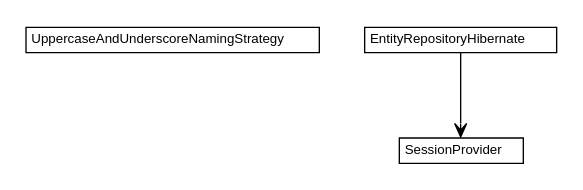
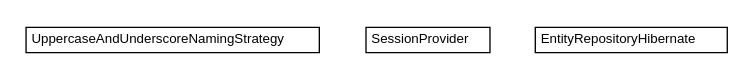
Before and after one commit to dayatang/dddlib: the diagram in dddlib-persistence/dddlib-persistence-hibernate/apidocs/org/dayatang/persistence/hibernate/org.dayatang.persistence.hibernate.dot, drawn with Graphviz. The commit also changed 114 other files, not shown here.

```diff
--- a/dddlib-persistence/dddlib-persistence-hibernate/apidocs/org/dayatang/persistence/hibernate/org.dayatang.persistence.hibernate.dot
+++ b/dddlib-persistence/dddlib-persistence-hibernate/apidocs/org/dayatang/persistence/hibernate/org.dayatang.persistence.hibernate.dot
@@ -1,32 +1,30 @@
 #!/usr/local/bin/dot
 #
 # Class diagram 
 # Generated by UMLGraph version R5_6_6-8-g8d7759 (http://www.umlgraph.org/)
 #
 
 digraph G {
 	edge [fontname="Helvetica",fontsize=10,labelfontname="Helvetica",labelfontsize=10];
 	node [fontname="Helvetica",fontsize=10,shape=plaintext];
 	nodesep=0.25;
 	ranksep=0.5;
 	// org.dayatang.persistence.hibernate.UppercaseAndUnderscoreNamingStrategy
 	c0 [label=<<table title="org.dayatang.persistence.hibernate.UppercaseAndUnderscoreNamingStrategy" border="0" cellborder="1" cellspacing="0" cellpadding="2" port="p" href="./UppercaseAndUnderscoreNamingStrategy.html">
 		<tr><td><table border="0" cellspacing="0" cellpadding="1">
 <tr><td align="center" balign="center"> UppercaseAndUnderscoreNamingStrategy </td></tr>
 		</table></td></tr>
 		</table>>, URL="./UppercaseAndUnderscoreNamingStrategy.html", fontname="Helvetica", fontcolor="black", fontsize=10.0];
 	// org.dayatang.persistence.hibernate.SessionProvider
 	c1 [label=<<table title="org.dayatang.persistence.hibernate.SessionProvider" border="0" cellborder="1" cellspacing="0" cellpadding="2" port="p" href="./SessionProvider.html">
 		<tr><td><table border="0" cellspacing="0" cellpadding="1">
 <tr><td align="center" balign="center"> SessionProvider </td></tr>
 		</table></td></tr>
 		</table>>, URL="./SessionProvider.html", fontname="Helvetica", fontcolor="black", fontsize=10.0];
 	// org.dayatang.persistence.hibernate.EntityRepositoryHibernate
 	c2 [label=<<table title="org.dayatang.persistence.hibernate.EntityRepositoryHibernate" border="0" cellborder="1" cellspacing="0" cellpadding="2" port="p" href="./EntityRepositoryHibernate.html">
 		<tr><td><table border="0" cellspacing="0" cellpadding="1">
 <tr><td align="center" balign="center"> EntityRepositoryHibernate </td></tr>
 		</table></td></tr>
 		</table>>, URL="./EntityRepositoryHibernate.html", fontname="Helvetica", fontcolor="black", fontsize=10.0];
-	// org.dayatang.persistence.hibernate.EntityRepositoryHibernate NAVASSOC org.dayatang.persistence.hibernate.SessionProvider
-	c2:p -> c1:p [taillabel="", label=" "headlabel="", fontname="Helvetica", fontcolor="black", fontsize=10.0, color="black", arrowhead=open];
 }
```
